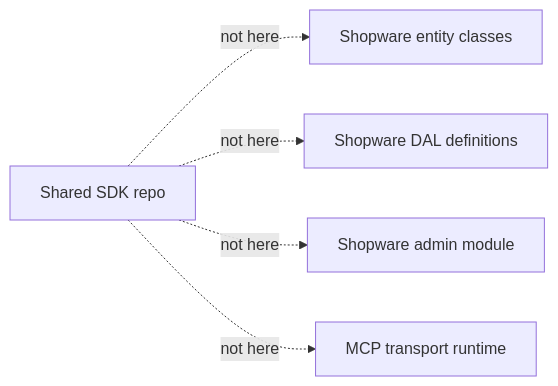
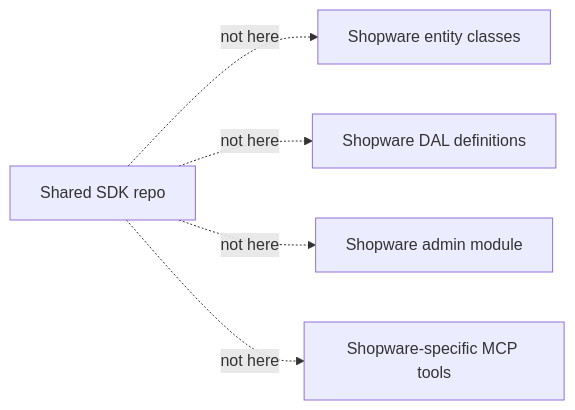
The fifth of 5 diagrams in docs/repo-layout.md (agentic-commerce-alliance/ucp-php-sdk), drawn with Mermaid before and after one commit. The commit also changed other lines of this file and 9 other files, not shown here.

````diff
--- a/docs/repo-layout.md
+++ b/docs/repo-layout.md
@@ -106,7 +106,7 @@
 ```mermaid
 flowchart LR
     A["Shared SDK repo"] -. not here .-> B["Shopware entity classes"]
     A -. not here .-> C["Shopware DAL definitions"]
     A -. not here .-> D["Shopware admin module"]
-    A -. not here .-> E["MCP transport runtime"]
+    A -. not here .-> E["Shopware-specific MCP tools"]
 ```
````
